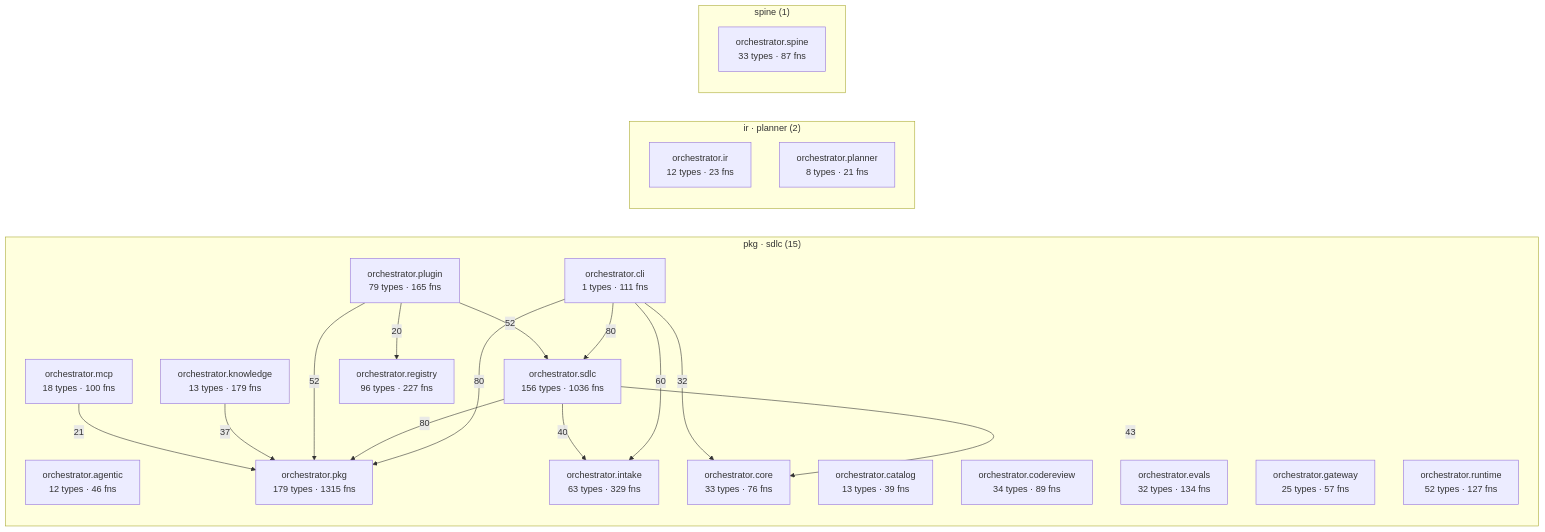
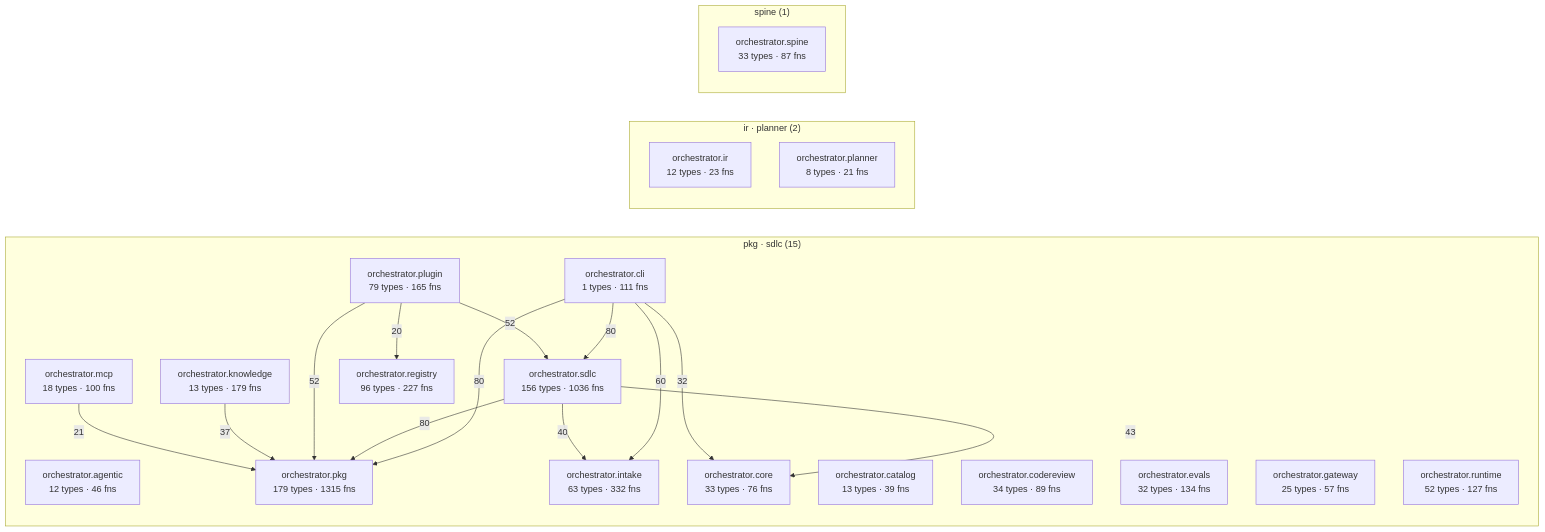
One commit to synaptixs/spine changed the diagram in episteme/architecture.md. Above: the diagram before and after it, drawn with Mermaid. The commit also changed other lines of this file and 8 other files, not shown here.

````diff
--- a/episteme/architecture.md
+++ b/episteme/architecture.md
@@ -56,39 +56,39 @@
 ```mermaid
 flowchart LR
   subgraph c_2["pkg · sdlc (15)"]
     aorchestratoragentic["orchestrator.agentic<br/>12 types · 46 fns"]
     aorchestratorcatalog["orchestrator.catalog<br/>13 types · 39 fns"]
     aorchestratorcli["orchestrator.cli<br/>1 types · 111 fns"]
     aorchestratorcodereview["orchestrator.codereview<br/>34 types · 89 fns"]
     aorchestratorcore["orchestrator.core<br/>33 types · 76 fns"]
     aorchestratorevals["orchestrator.evals<br/>32 types · 134 fns"]
     aorchestratorgateway["orchestrator.gateway<br/>25 types · 57 fns"]
-    aorchestratorintake["orchestrator.intake<br/>63 types · 329 fns"]
+    aorchestratorintake["orchestrator.intake<br/>63 types · 332 fns"]
     aorchestratorknowledge["orchestrator.knowledge<br/>13 types · 179 fns"]
     aorchestratormcp["orchestrator.mcp<br/>18 types · 100 fns"]
     aorchestratorpkg["orchestrator.pkg<br/>179 types · 1315 fns"]
     aorchestratorplugin["orchestrator.plugin<br/>79 types · 165 fns"]
     aorchestratorregistry["orchestrator.registry<br/>96 types · 227 fns"]
     aorchestratorruntime["orchestrator.runtime<br/>52 types · 127 fns"]
     aorchestratorsdlc["orchestrator.sdlc<br/>156 types · 1036 fns"]
   end
   subgraph c_5["ir · planner (2)"]
     aorchestratorir["orchestrator.ir<br/>12 types · 23 fns"]
     aorchestratorplanner["orchestrator.planner<br/>8 types · 21 fns"]
   end
   subgraph c_10["spine (1)"]
     aorchestratorspine["orchestrator.spine<br/>33 types · 87 fns"]
   end
   aorchestratorcli -->|80| aorchestratorpkg
   aorchestratorcli -->|80| aorchestratorsdlc
   aorchestratorsdlc -->|80| aorchestratorpkg
   aorchestratorcli -->|60| aorchestratorintake
   aorchestratorplugin -->|52| aorchestratorpkg
   aorchestratorplugin -->|52| aorchestratorsdlc
   aorchestratorsdlc -->|43| aorchestratorcore
   aorchestratorsdlc -->|40| aorchestratorintake
   aorchestratorknowledge -->|37| aorchestratorpkg
   aorchestratorcli -->|32| aorchestratorcore
   aorchestratormcp -->|21| aorchestratorpkg
   aorchestratorplugin -->|20| aorchestratorregistry
 ```
````
